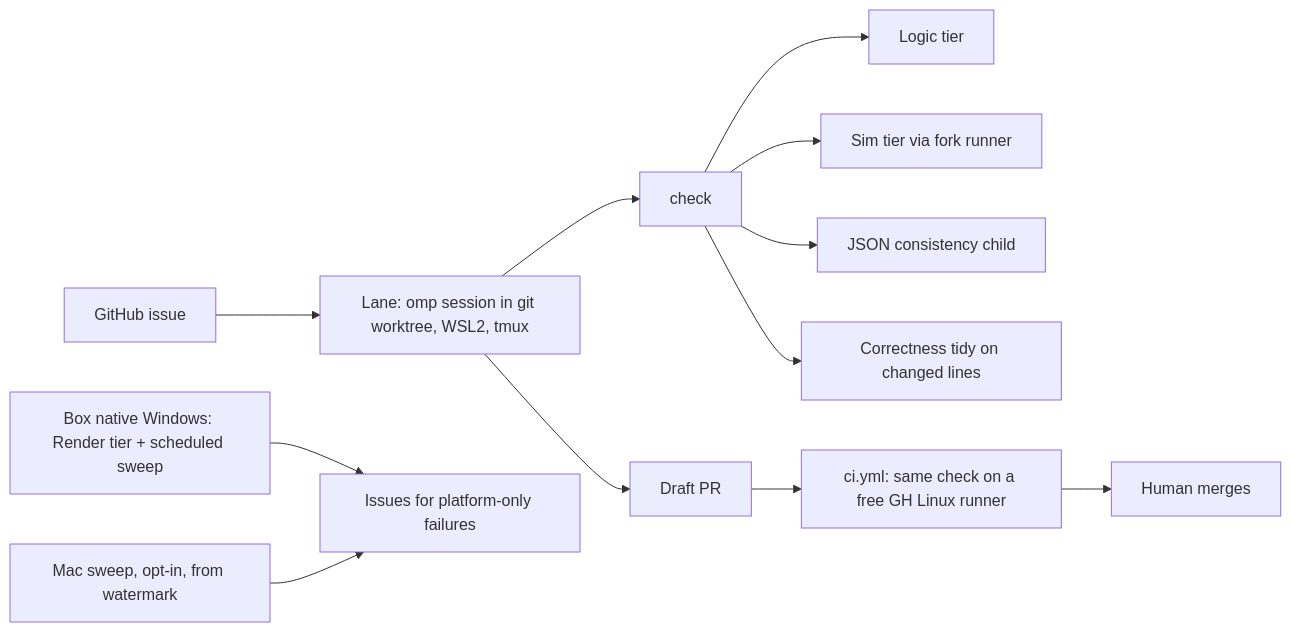
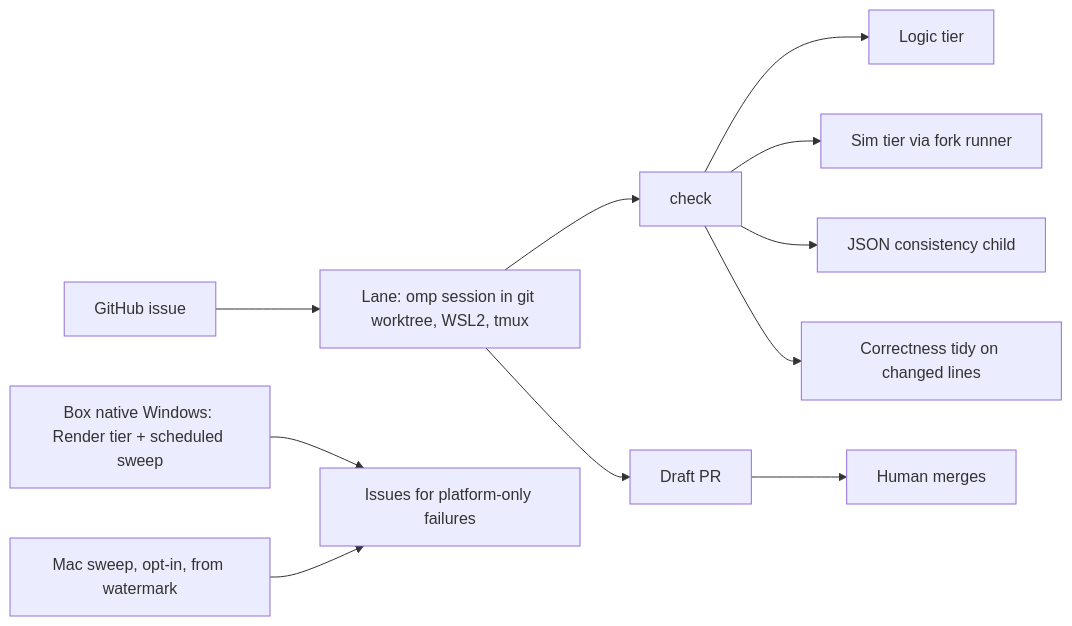
One commit to wavewarrior/Cataclysm-BN-Forked changed the diagram in plans/agentic-test-reapproach.md. Above: the diagram before and after it, drawn with Mermaid. The commit also changed other lines of this file and 5 other files, not shown here.

````diff
--- a/plans/agentic-test-reapproach.md
+++ b/plans/agentic-test-reapproach.md
@@ -54,14 +54,13 @@
 ```mermaid
 flowchart LR
   I[GitHub issue] --> L[Lane: omp session in git worktree, WSL2, tmux]
   L --> C[check]
   C --> T1[Logic tier]
   C --> T2[Sim tier via fork runner]
   C --> J[JSON consistency child]
   C --> Y[Correctness tidy on changed lines]
   L --> PR[Draft PR]
-  PR --> CI[ci.yml: same check on a free GH Linux runner]
-  CI --> H[Human merges]
+  PR --> H[Human merges]
   B[Box native Windows: Render tier + scheduled sweep] --> S[Issues for platform-only failures]
   M[Mac sweep, opt-in, from watermark] --> S
 ```
````
